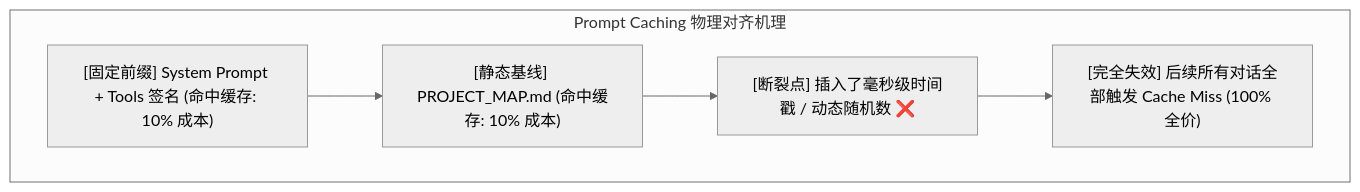
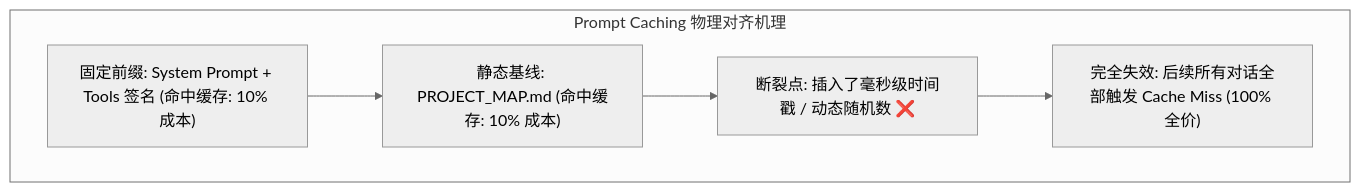
One commit to Garfield247/agent-optima changed the second of 5 diagrams in 02-token-efficiency-and-cost-optimization.md. Above: the diagram before and after it, drawn with Mermaid (neutral theme). The commit also changed other lines of this file, not shown here.

Commit message:
fix: 修复 02 白皮书第 3 节及全文 Mermaid 语法兼容性

````diff
--- a/02-token-efficiency-and-cost-optimization.md
+++ b/02-token-efficiency-and-cost-optimization.md
@@ -90,10 +90,10 @@
 ```mermaid
 graph TD
-    subgraph PromptCacheAlignment [Prompt Caching 物理对齐机理]
+    subgraph PromptCacheAlignment ["Prompt Caching 物理对齐机理"]
         direction LR
-        P1["[固定前缀] System Prompt + Tools 签名 (命中缓存: 10% 成本)"] 
-        --> P2["[静态基线] PROJECT_MAP.md (命中缓存: 10% 成本)"] 
-        --> P3["[断裂点] 插入了毫秒级时间戳 / 动态随机数 ❌"] 
-        --> P4["[完全失效] 后续所有对话全部触发 Cache Miss (100% 全价)"]
+        P1["固定前缀: System Prompt + Tools 签名 (命中缓存: 10% 成本)"] 
+        --> P2["静态基线: PROJECT_MAP.md (命中缓存: 10% 成本)"] 
+        --> P3["断裂点: 插入了毫秒级时间戳 / 动态随机数 ❌"] 
+        --> P4["完全失效: 后续所有对话全部触发 Cache Miss (100% 全价)"]
     end
 ```
````
